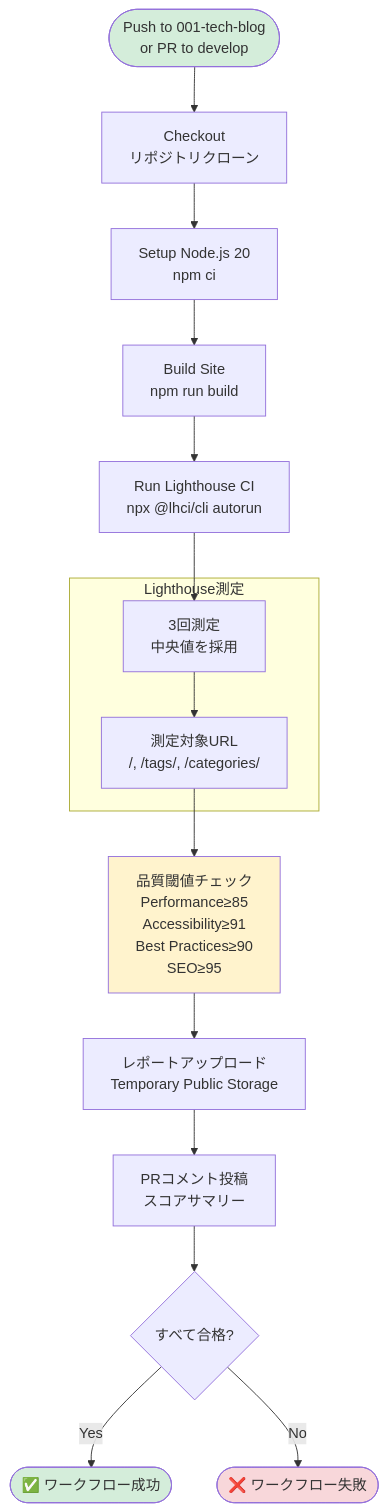
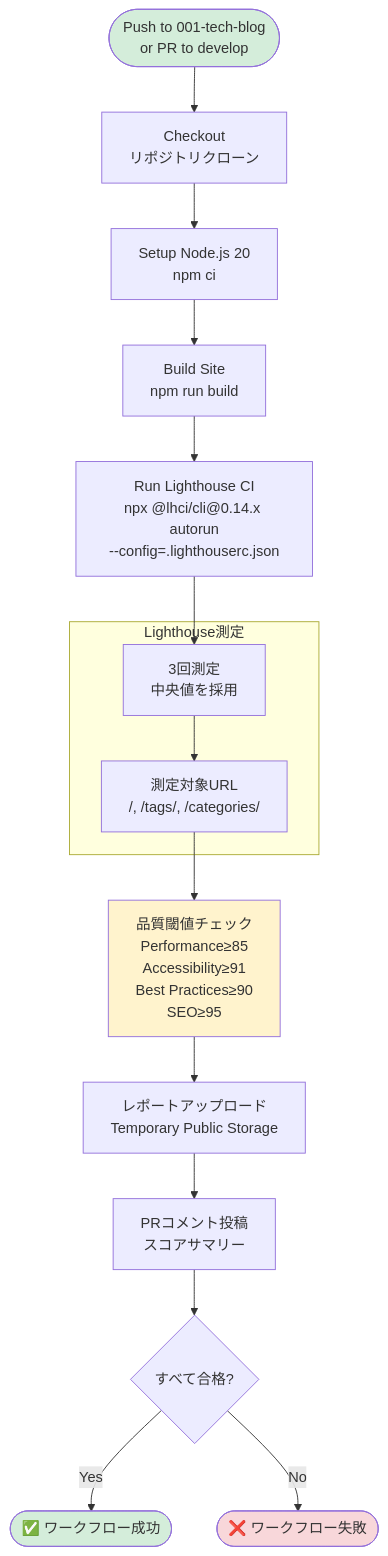
One commit to kosyo1204/my-main-blog changed the third of 7 diagrams in docs/architecture/INFRASTRUCTURE.md. Above: the diagram before and after it, drawn with Mermaid. The commit also changed other lines of this file and 1 other file, not shown here.

Commit message:
docs: fix architecture documentation based on review feedback

````diff
--- a/docs/architecture/INFRASTRUCTURE.md
+++ b/docs/architecture/INFRASTRUCTURE.md
@@ -150,44 +150,44 @@
 ```mermaid
 flowchart TD
     START([Push to 001-tech-blog<br/>or PR to develop])
     CHECKOUT[Checkout<br/>リポジトリクローン]
     SETUP[Setup Node.js 20<br/>npm ci]
     BUILD[Build Site<br/>npm run build]
 
-    LHCI[Run Lighthouse CI<br/>npx @lhci/cli autorun]
+    LHCI[Run Lighthouse CI<br/>npx @lhci/cli@0.14.x autorun<br/>--config=.lighthouserc.json]
 
     subgraph "Lighthouse測定"
         COLLECT[3回測定<br/>中央値を採用]
         URLS[測定対象URL<br/>/, /tags/, /categories/]
     end
 
     ASSERT[品質閾値チェック<br/>Performance≥85<br/>Accessibility≥91<br/>Best Practices≥90<br/>SEO≥95]
 
     UPLOAD[レポートアップロード<br/>Temporary Public Storage]
 
     COMMENT[PRコメント投稿<br/>スコアサマリー]
 
     SUCCESS{すべて合格?}
     PASS([✅ ワークフロー成功])
     FAIL([❌ ワークフロー失敗])
 
     START --> CHECKOUT
     CHECKOUT --> SETUP
     SETUP --> BUILD
     BUILD --> LHCI
 
     LHCI --> COLLECT
     COLLECT --> URLS
     URLS --> ASSERT
     ASSERT --> UPLOAD
     UPLOAD --> COMMENT
 
     COMMENT --> SUCCESS
     SUCCESS -->|Yes| PASS
     SUCCESS -->|No| FAIL
 
     style START fill:#d4edda
     style ASSERT fill:#fff3cd
     style PASS fill:#d4edda
     style FAIL fill:#f8d7da
 ```
````
